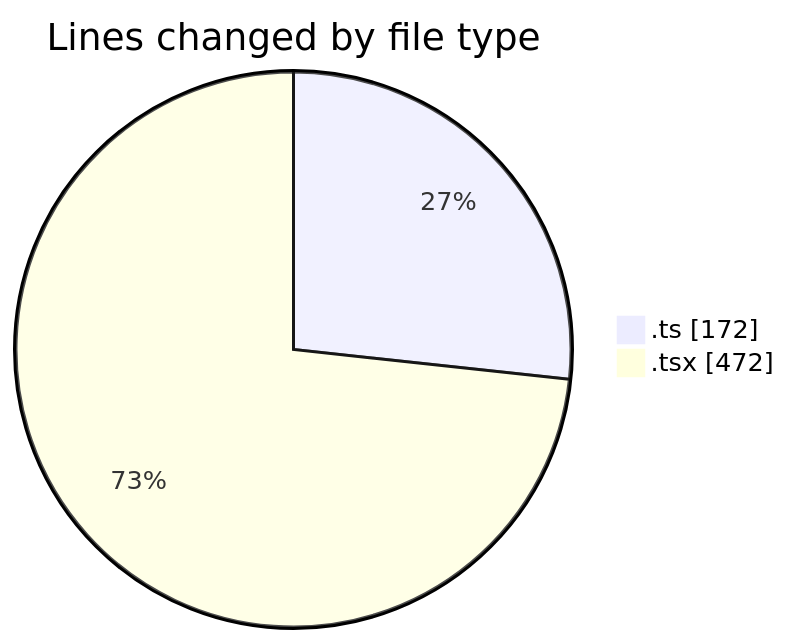
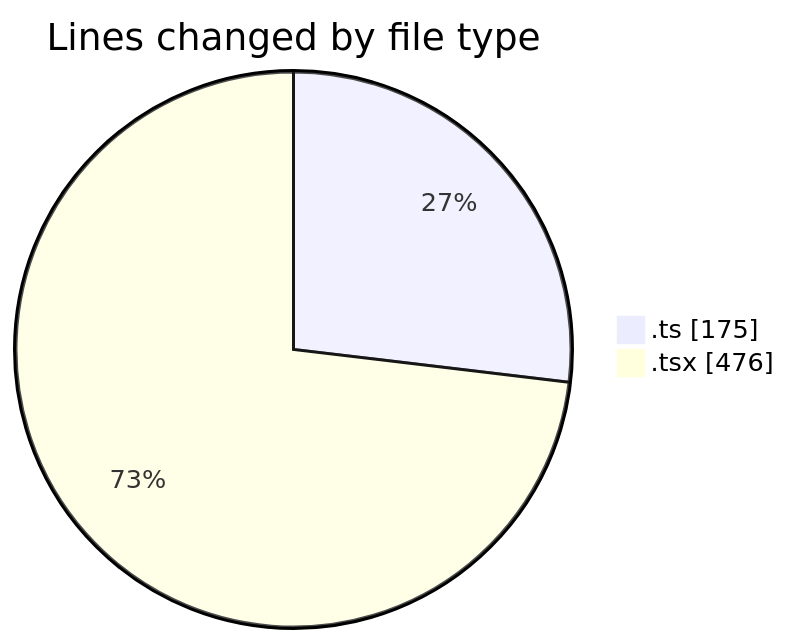
Before and after one commit to momahboobian/code-tracking: the first of 2 diagrams in 2025-12-02/cda/README.md, drawn with Mermaid. The commit also changed other lines of this file and 1 other file, not shown here.

````diff
--- a/2025-12-02/cda/README.md
+++ b/2025-12-02/cda/README.md
@@ -23,6 +23,6 @@
 ```mermaid
 pie showData
 title Lines changed by file type
-".ts" : 172
-".tsx" : 472
+".ts" : 175
+".tsx" : 476
 ```
````
